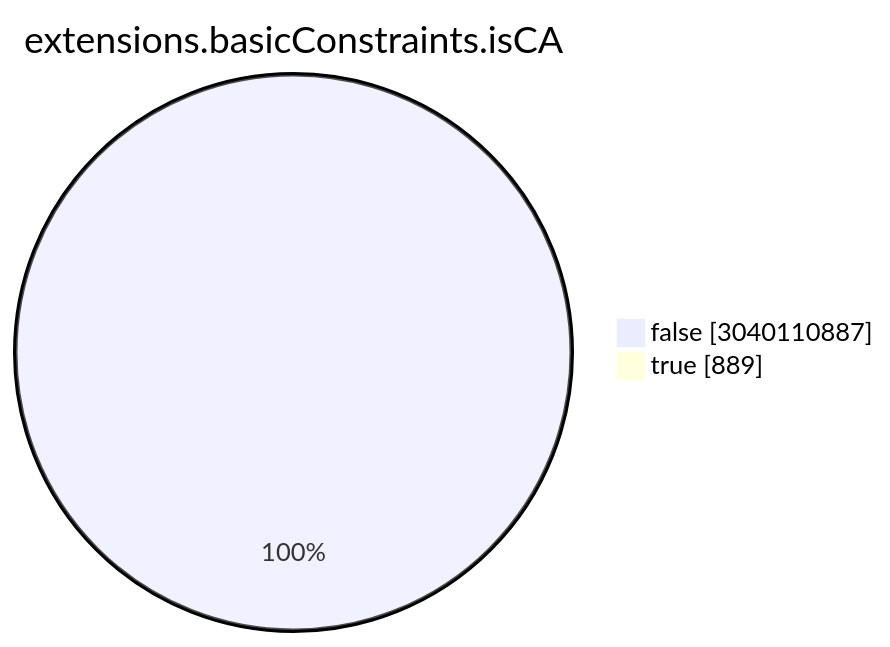
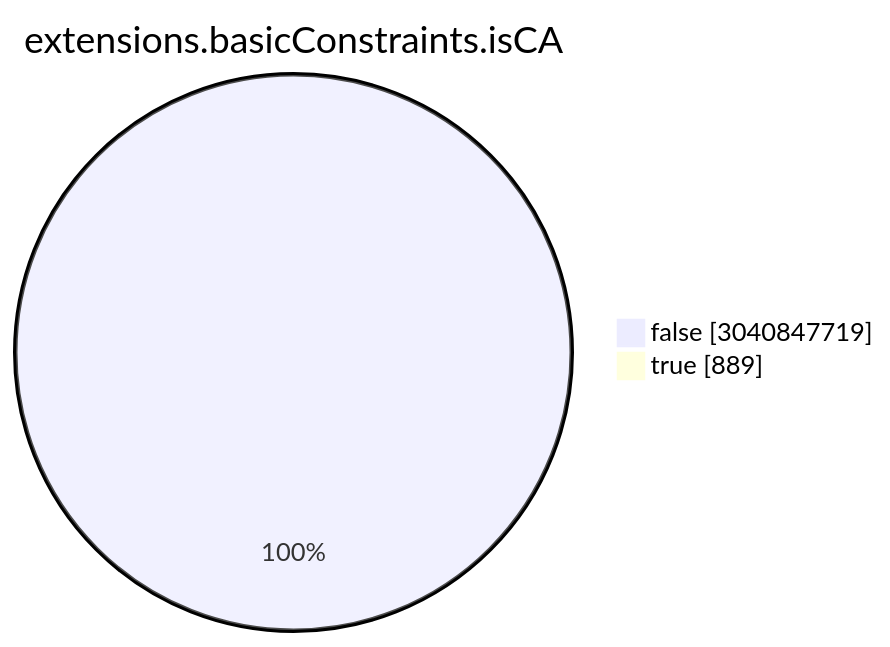
One commit to christiankrug/ctmonitor_visualization changed the seventh of 15 diagrams in TOTAL/README.md. Above: the diagram before and after it, drawn with Mermaid. The commit also changed other lines of this file, not shown here.

````diff
--- a/TOTAL/README.md
+++ b/TOTAL/README.md
@@ -3088,6 +3088,6 @@
 ```mermaid
 pie showData
 title extensions.basicConstraints.isCA
-"false" :3040110887
+"false" :3040847719
 "true" :889
 ```
````
